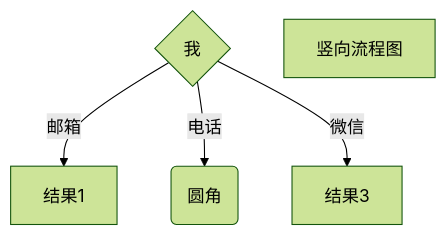
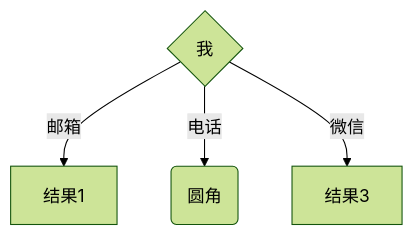
The diagram in pages/contact.md (YiPianYe/tw), drawn with Mermaid (forest theme) before and after one commit.

````diff
--- a/pages/contact.md
+++ b/pages/contact.md
@@ -8,8 +8,7 @@
 ```mermaid
 graph TD
 A{我}
-    A--> |邮箱| C[结果1]
-    A--> |电话| D(圆角)
-    A--> |微信| E[结果3]
-    B[竖向流程图]
+    A--> |邮箱| B[结果1]
+    A--> |电话| C(圆角)
+    A--> |微信| D[结果3]
 ```
````
